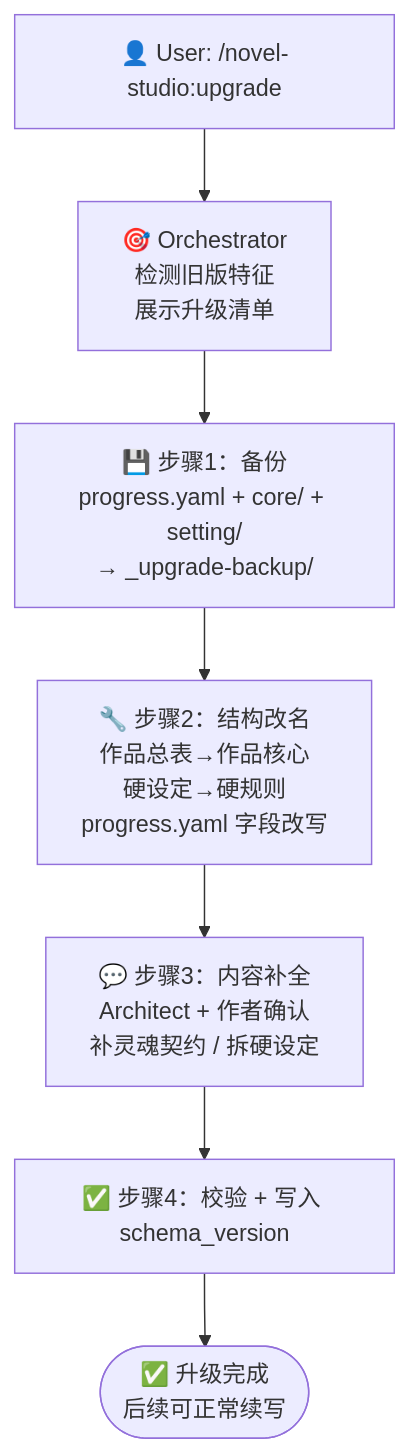
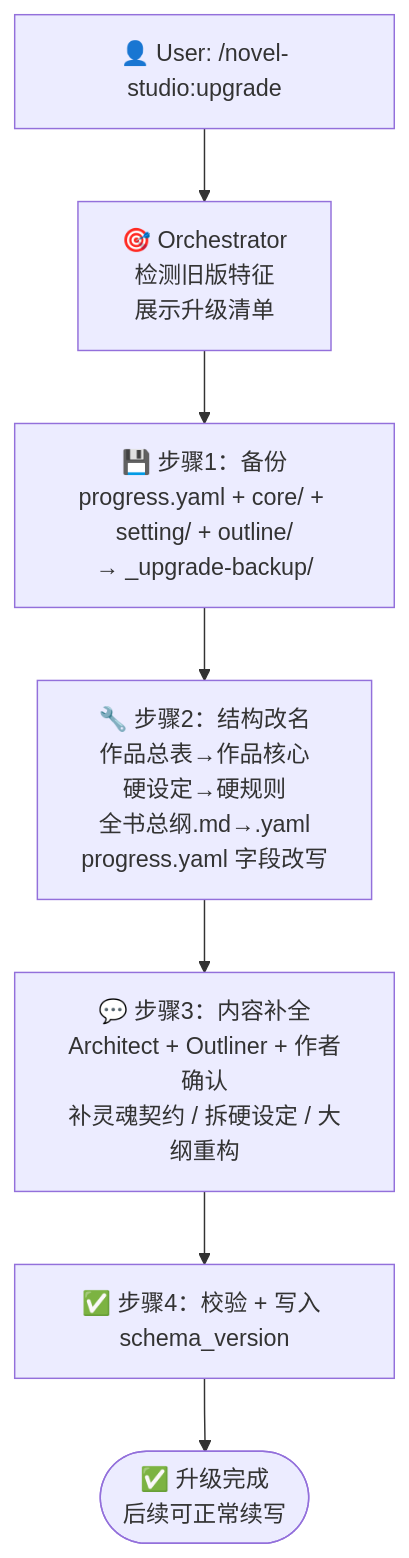
The diagram in workflows/upgrade-project.md (deathwhispers/novel-studio), drawn with Mermaid before and after one commit. The commit also changed other lines of this file and 6 other files, not shown here.

First line of the commit message:
fix: upgrade 对齐新版 — 补 outline MD→YAML 迁移，清理废弃内容

````diff
--- a/workflows/upgrade-project.md
+++ b/workflows/upgrade-project.md
@@ -11,14 +11,14 @@
 ```mermaid
 flowchart TD
     User["👤 User: /novel-studio:upgrade"]
     Orchestrator["🎯 Orchestrator<br/>检测旧版特征<br/>展示升级清单"]
 
     User --> Orchestrator
 
-    Orchestrator --> Step1["💾 步骤1：备份<br/>progress.yaml + core/ + setting/<br/>→ _upgrade-backup/"]
-    Step1 --> Step2["🔧 步骤2：结构改名<br/>作品总表→作品核心<br/>硬设定→硬规则<br/>progress.yaml 字段改写"]
-    Step2 --> Step3["💬 步骤3：内容补全<br/>Architect + 作者确认<br/>补灵魂契约 / 拆硬设定"]
+    Orchestrator --> Step1["💾 步骤1：备份<br/>progress.yaml + core/ + setting/ + outline/<br/>→ _upgrade-backup/"]
+    Step1 --> Step2["🔧 步骤2：结构改名<br/>作品总表→作品核心<br/>硬设定→硬规则<br/>全书总纲.md→.yaml<br/>progress.yaml 字段改写"]
+    Step2 --> Step3["💬 步骤3：内容补全<br/>Architect + Outliner + 作者确认<br/>补灵魂契约 / 拆硬设定 / 大纲重构"]
     Step3 --> Step4["✅ 步骤4：校验 + 写入 schema_version"]
 
     Step4 --> Done(["✅ 升级完成<br/>后续可正常续写"])
 ```
````
